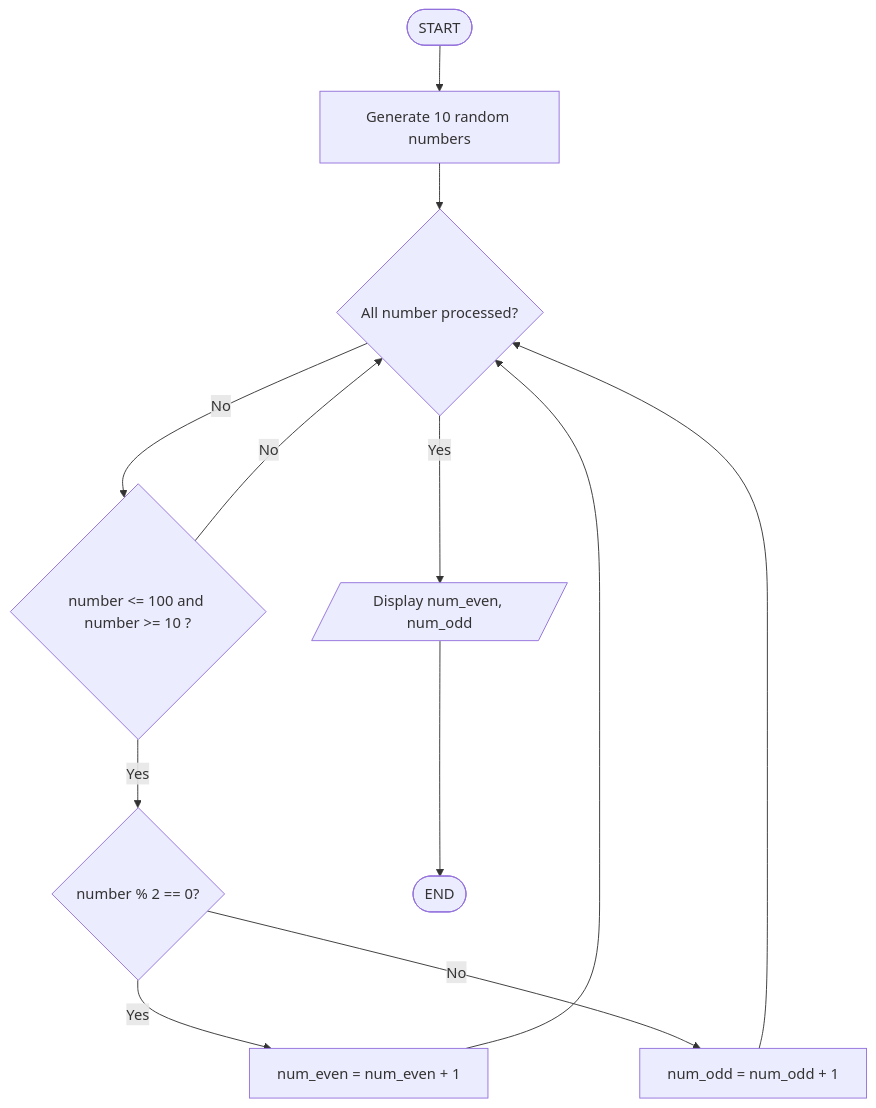
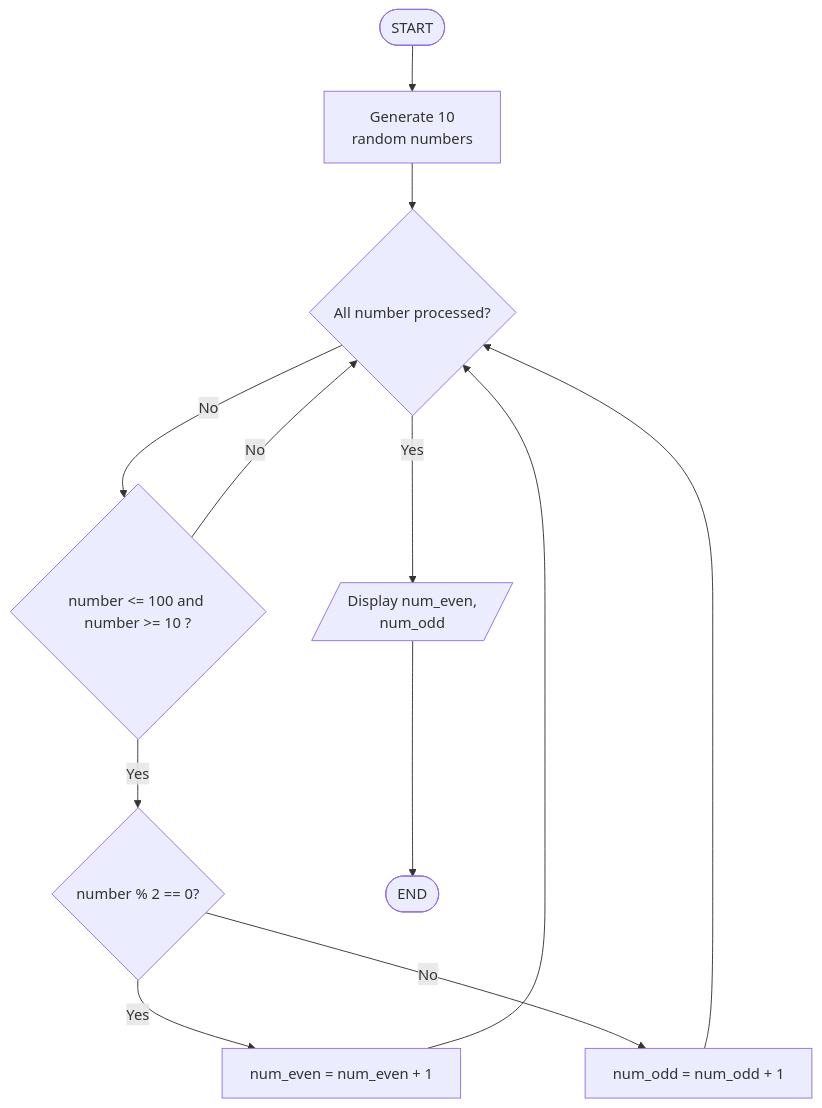
The seventh of 12 diagrams in README.md (Tay25006739/WIX1002_W02_Tutorial_1), drawn with Mermaid before and after one commit. The commit also changed other lines of this file, not shown here.

Commit message:
Realign flow chart, making words visible

````diff
--- a/README.md
+++ b/README.md
@@ -190,16 +190,16 @@
 ```mermaid
 flowchart TD
-    A([START]) --> B[Generate 10 random numbers]
+    A([START]) --> B[Generate 10 <br> random numbers]
     B --> C{All number processed?}
     C --> |No| D{number <= 100 and number >= 10 ?}
     D --> |Yes| E{number % 2 == 0?}
     E --> |Yes| F[num_even = num_even + 1]
     E --> |No| G[num_odd = num_odd + 1]
     F --> C
     G --> C
-    C --> |Yes| H[/Display num_even, num_odd/]
+    C --> |Yes| H[/Display num_even, <br> num_odd/]
     D --> |No| C
     H --> I([END])
     
     
 ```
````
